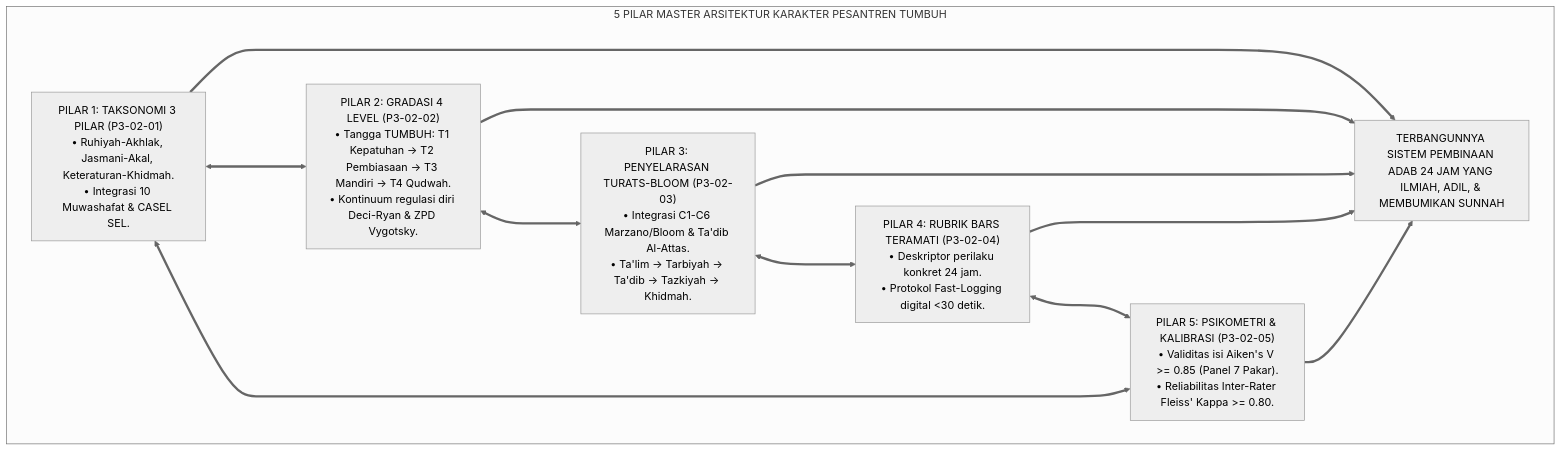
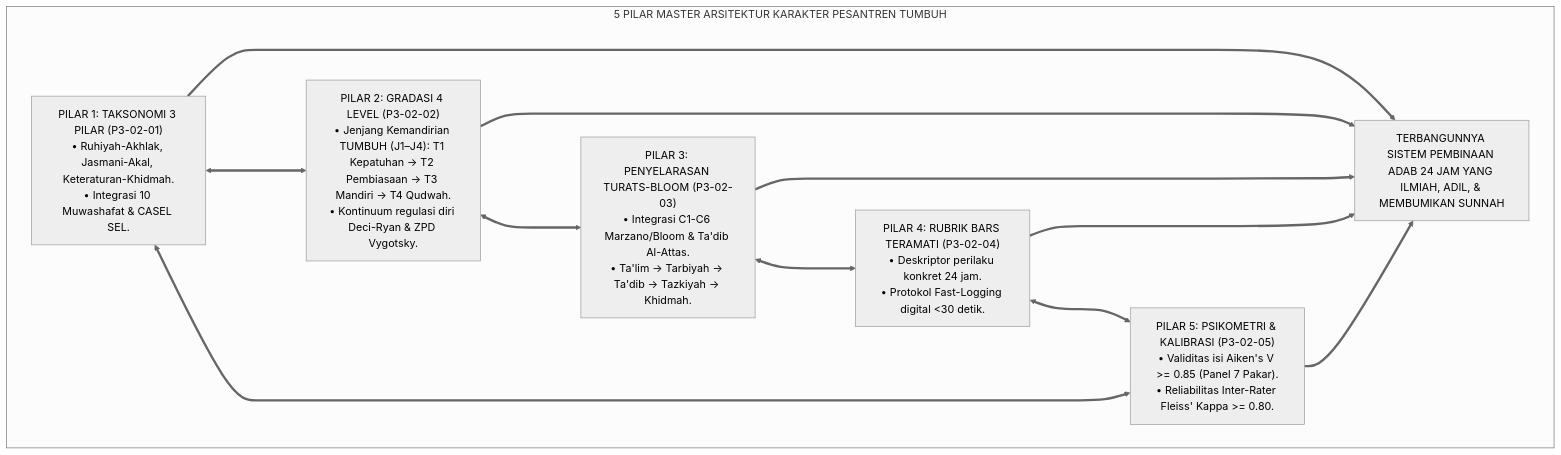
Before and after one commit to wandiapriliyandi/tumbuh: the first of 4 diagrams in 03 Capacity Framework/02 Character Architecture/P3-02-06-Sintesis-Character-Architecture-TUMBUH.md, drawn with Mermaid (neutral theme). The commit also changed other lines of this file and 209 other files, not shown here.

````diff
--- a/03 Capacity Framework/02 Character Architecture/P3-02-06-Sintesis-Character-Architecture-TUMBUH.md
+++ b/03 Capacity Framework/02 Character Architecture/P3-02-06-Sintesis-Character-Architecture-TUMBUH.md
@@ -47,24 +47,24 @@
 ```mermaid
 flowchart TD
     subgraph ArsitekturCharacterTUMBUH["5 PILAR MASTER ARSITEKTUR KARAKTER PESANTREN TUMBUH"]
         P1["PILAR 1: TAKSONOMI 3 PILAR (P3-02-01)<br/>• Ruhiyah-Akhlak, Jasmani-Akal, Keteraturan-Khidmah.<br/>• Integrasi 10 Muwashafat & CASEL SEL."]
         
-        P2["PILAR 2: GRADASI 4 LEVEL (P3-02-02)<br/>• Tangga TUMBUH: T1 Kepatuhan -> T2 Pembiasaan -> T3 Mandiri -> T4 Qudwah.<br/>• Kontinuum regulasi diri Deci-Ryan & ZPD Vygotsky."]
+        P2["PILAR 2: GRADASI 4 LEVEL (P3-02-02)<br/>• Jenjang Kemandirian TUMBUH (J1–J4): T1 Kepatuhan -> T2 Pembiasaan -> T3 Mandiri -> T4 Qudwah.<br/>• Kontinuum regulasi diri Deci-Ryan & ZPD Vygotsky."]
         
         P3["PILAR 3: PENYELARASAN TURATS-BLOOM (P3-02-03)<br/>• Integrasi C1-C6 Marzano/Bloom & Ta'dib Al-Attas.<br/>• Ta'lim -> Tarbiyah -> Ta'dib -> Tazkiyah -> Khidmah."]
         
         P4["PILAR 4: RUBRIK BARS TERAMATI (P3-02-04)<br/>• Deskriptor perilaku konkret 24 jam.<br/>• Protokol Fast-Logging digital <30 detik."]
         
         P5["PILAR 5: PSIKOMETRI & KALIBRASI (P3-02-05)<br/>• Validitas isi Aiken's V >= 0.85 (Panel 7 Pakar).<br/>• Reliabilitas Inter-Rater Fleiss' Kappa >= 0.80."]
         
         P1 <===> P2
         P2 <===> P3
         P3 <===> P4
         P4 <===> P5
         P5 <===> P1
         
         Pusat["TERBANGUNNYA SISTEM PEMBINAAN ADAB 24 JAM YANG ILMIAH, ADIL, & MEMBUMIKAN SUNNAH"]
         
         P1 & P2 & P3 & P4 & P5 ==> Pusat
     end
 ```
````
